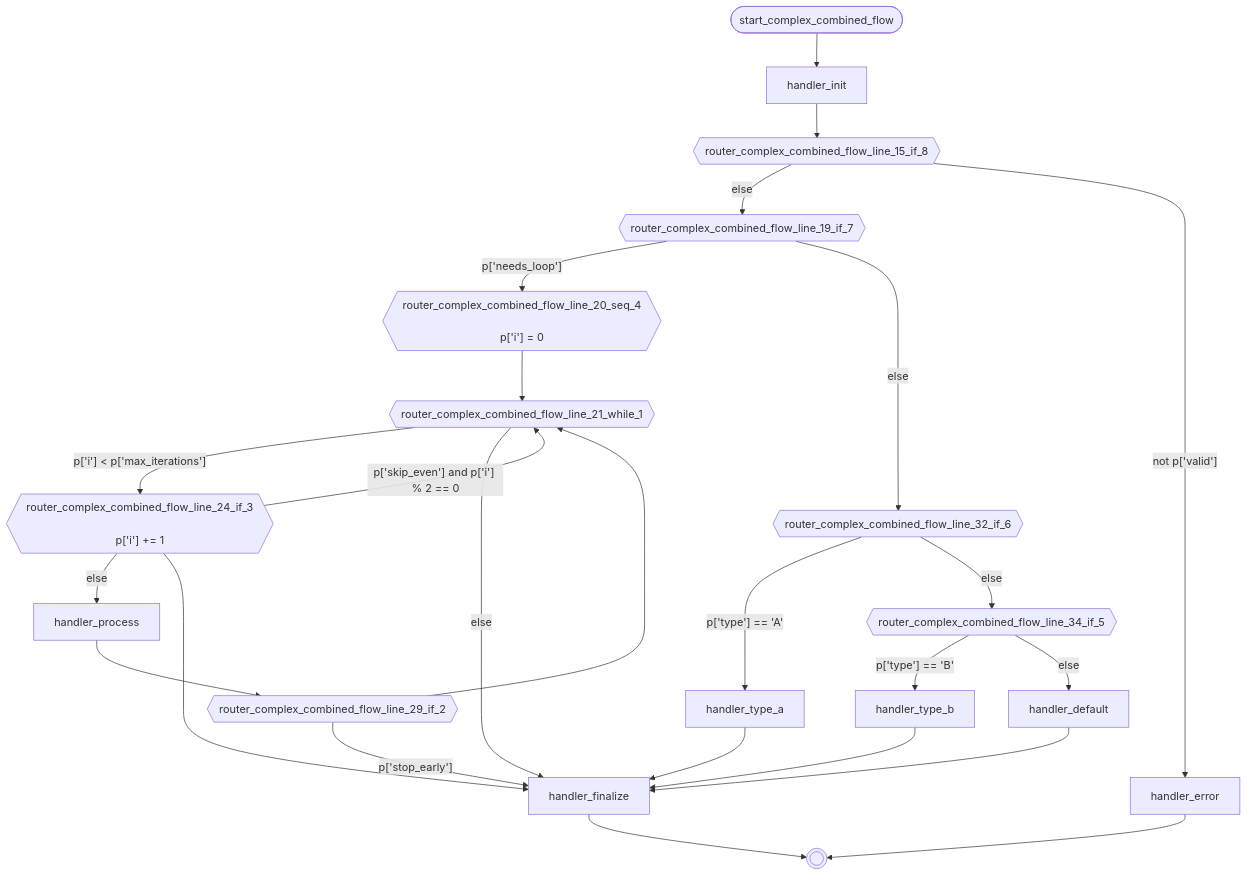
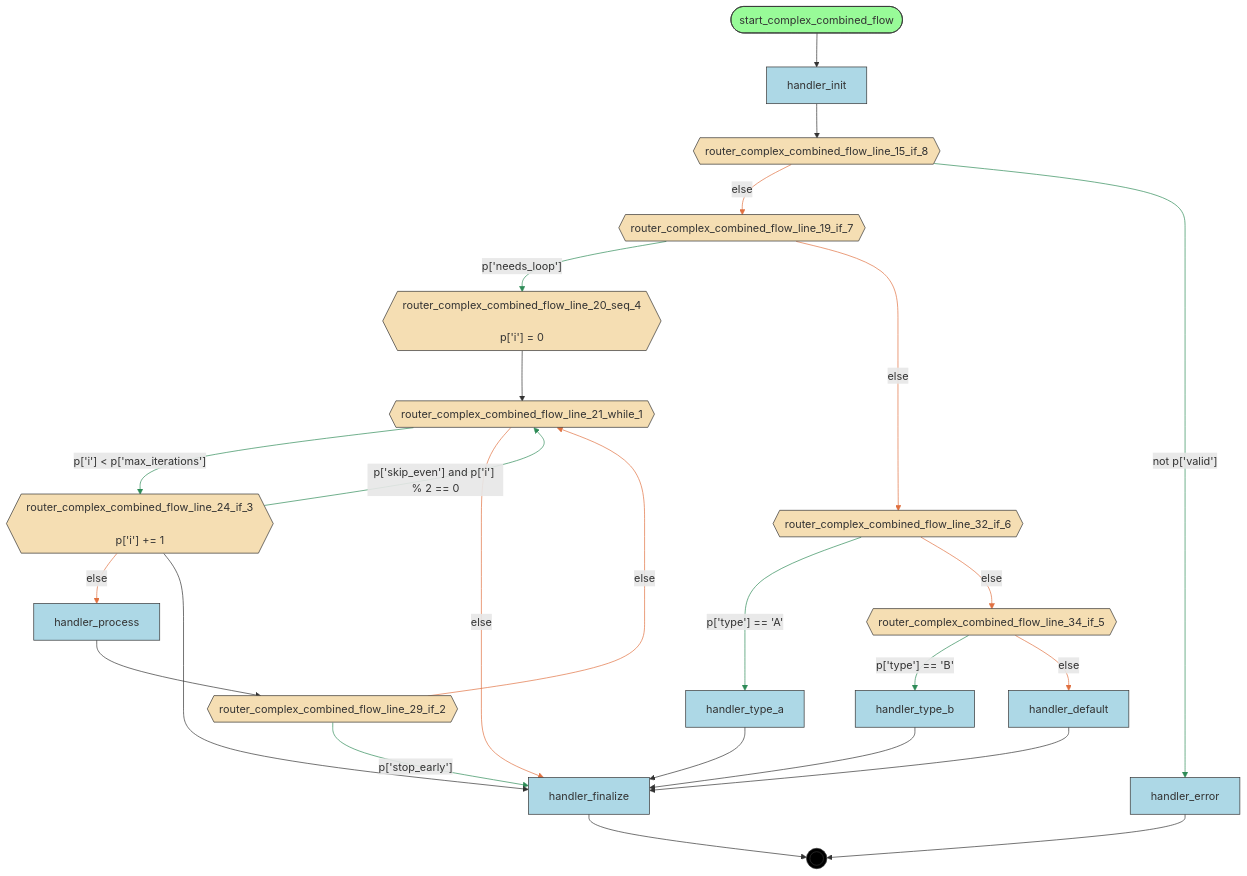
Before and after one commit to deliveryhero/asya: the diagram in examples/flows/compiled/complex_combined/flow.mmd, drawn with Mermaid. The commit also changed 99 other files, not shown here.

Commit message:
colors-in-mermaid

```diff
--- a/examples/flows/compiled/complex_combined/flow.mmd
+++ b/examples/flows/compiled/complex_combined/flow.mmd
@@ -1,45 +1,56 @@
 flowchart TD
     %% Flow: complex_combined_flow
 
     handler_default[handler_default]
     handler_error[handler_error]
     handler_finalize[handler_finalize]
     handler_init[handler_init]
     handler_process[handler_process]
     handler_type_a[handler_type_a]
     handler_type_b[handler_type_b]
     router_complex_combined_flow_line_15_if_8{{router_complex_combined_flow_line_15_if_8}}
     router_complex_combined_flow_line_19_if_7{{router_complex_combined_flow_line_19_if_7}}
     router_complex_combined_flow_line_20_seq_4{{"router_complex_combined_flow_line_20_seq_4<br/><br/>p['i'] = 0"}}
     router_complex_combined_flow_line_21_while_1{{router_complex_combined_flow_line_21_while_1}}
     router_complex_combined_flow_line_24_if_3{{"router_complex_combined_flow_line_24_if_3<br/><br/>p['i'] += 1"}}
     router_complex_combined_flow_line_29_if_2{{router_complex_combined_flow_line_29_if_2}}
     router_complex_combined_flow_line_32_if_6{{router_complex_combined_flow_line_32_if_6}}
     router_complex_combined_flow_line_34_if_5{{router_complex_combined_flow_line_34_if_5}}
     start_complex_combined_flow([start_complex_combined_flow])
     __end__((( )))
 
     start_complex_combined_flow --> handler_init
     handler_init --> router_complex_combined_flow_line_15_if_8
     router_complex_combined_flow_line_29_if_2 -->|"p['stop_early']"| handler_finalize
     router_complex_combined_flow_line_24_if_3 -->|"p['skip_even'] and p['i'] % 2 == 0"| router_complex_combined_flow_line_21_while_1
     router_complex_combined_flow_line_24_if_3 -->|"else"| handler_process
     handler_process --> router_complex_combined_flow_line_29_if_2
     router_complex_combined_flow_line_21_while_1 -->|"p['i'] < p['max_iterations']"| router_complex_combined_flow_line_24_if_3
     router_complex_combined_flow_line_21_while_1 -->|"else"| handler_finalize
     router_complex_combined_flow_line_20_seq_4 --> router_complex_combined_flow_line_21_while_1
     router_complex_combined_flow_line_34_if_5 -->|"p['type'] == 'B'"| handler_type_b
     router_complex_combined_flow_line_34_if_5 -->|"else"| handler_default
     router_complex_combined_flow_line_32_if_6 -->|"p['type'] == 'A'"| handler_type_a
     router_complex_combined_flow_line_32_if_6 -->|"else"| router_complex_combined_flow_line_34_if_5
     router_complex_combined_flow_line_19_if_7 -->|"p['needs_loop']"| router_complex_combined_flow_line_20_seq_4
     router_complex_combined_flow_line_19_if_7 -->|"else"| router_complex_combined_flow_line_32_if_6
     router_complex_combined_flow_line_15_if_8 -->|"else"| router_complex_combined_flow_line_19_if_7
     router_complex_combined_flow_line_15_if_8 -->|"not p['valid']"| handler_error
-    router_complex_combined_flow_line_29_if_2 --> router_complex_combined_flow_line_21_while_1
+    router_complex_combined_flow_line_29_if_2 -->|"else"| router_complex_combined_flow_line_21_while_1
     handler_type_a --> handler_finalize
     handler_type_b --> handler_finalize
     handler_default --> handler_finalize
     router_complex_combined_flow_line_24_if_3 --> handler_finalize
     handler_error --> __end__
     handler_finalize --> __end__
+
+    classDef entrypoint fill:#98FB98,stroke:#333
+    classDef router fill:#F5DEB3,stroke:#333
+    classDef handler fill:#ADD8E6,stroke:#333
+    classDef endpoint fill:#000,stroke:#333,color:#fff
+    class start_complex_combined_flow entrypoint
+    class router_complex_combined_flow_line_15_if_8,router_complex_combined_flow_line_19_if_7,router_complex_combined_flow_line_20_seq_4,router_complex_combined_flow_line_21_while_1,router_complex_combined_flow_line_24_if_3,router_complex_combined_flow_line_29_if_2,router_complex_combined_flow_line_32_if_6,router_complex_combined_flow_line_34_if_5 router
+    class handler_default,handler_error,handler_finalize,handler_init,handler_process,handler_type_a,handler_type_b handler
+    class __end__ endpoint
+    linkStyle 2,3,6,9,11,13,16 stroke:#2E8B57
+    linkStyle 4,7,10,12,14,15,17 stroke:#E07040
```
